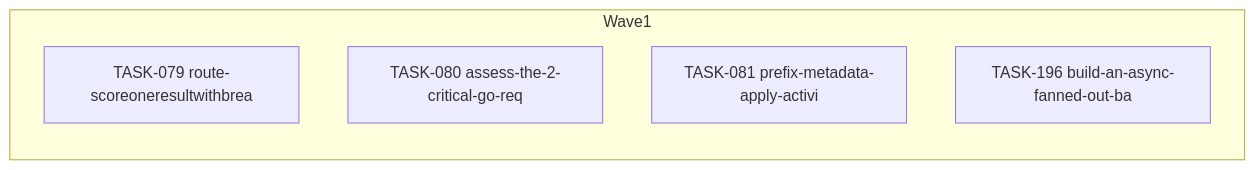
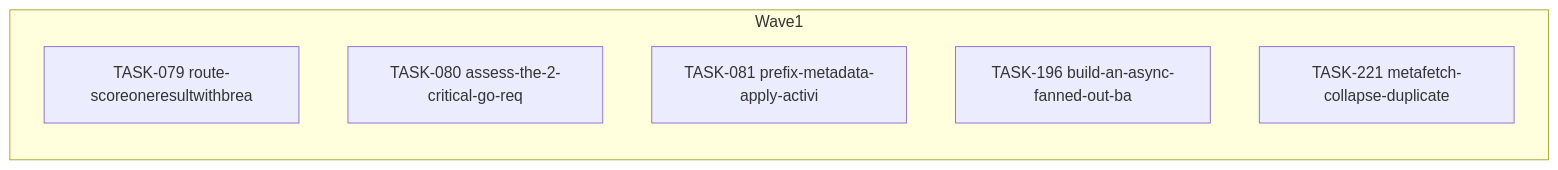
The diagram in docs/agent-tasks/todo-completion/metadata/orchestration.md (falkcorp/audiobook-organizer), drawn with Mermaid before and after one commit. The commit also changed other lines of this file and 252 other files, not shown here.

````diff
--- a/docs/agent-tasks/todo-completion/metadata/orchestration.md
+++ b/docs/agent-tasks/todo-completion/metadata/orchestration.md
@@ -12,10 +12,11 @@
 ```mermaid
 flowchart LR
     subgraph Wave1
       TASK079[TASK-079 route-scoreoneresultwithbrea]
       TASK080[TASK-080 assess-the-2-critical-go-req]
       TASK081[TASK-081 prefix-metadata-apply-activi]
       TASK196[TASK-196 build-an-async-fanned-out-ba]
+      TASK221[TASK-221 metafetch-collapse-duplicate]
     end
 
 ```
````
